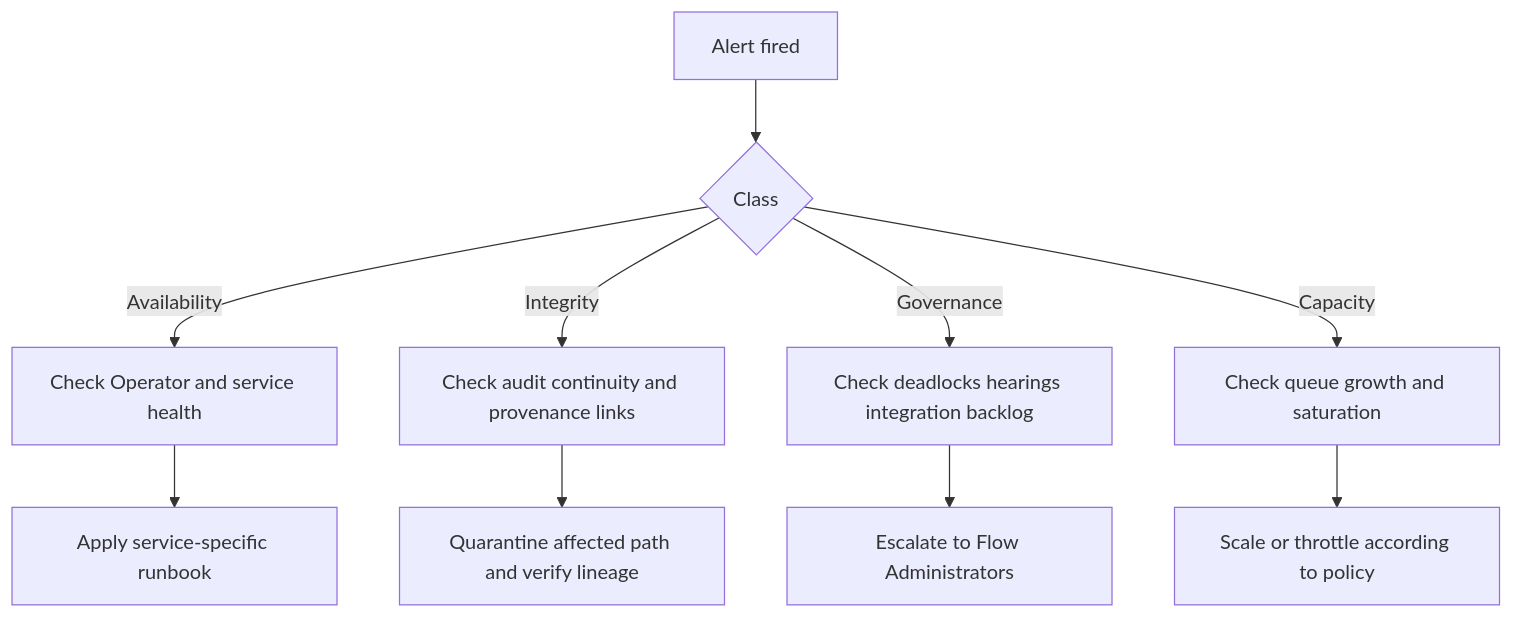
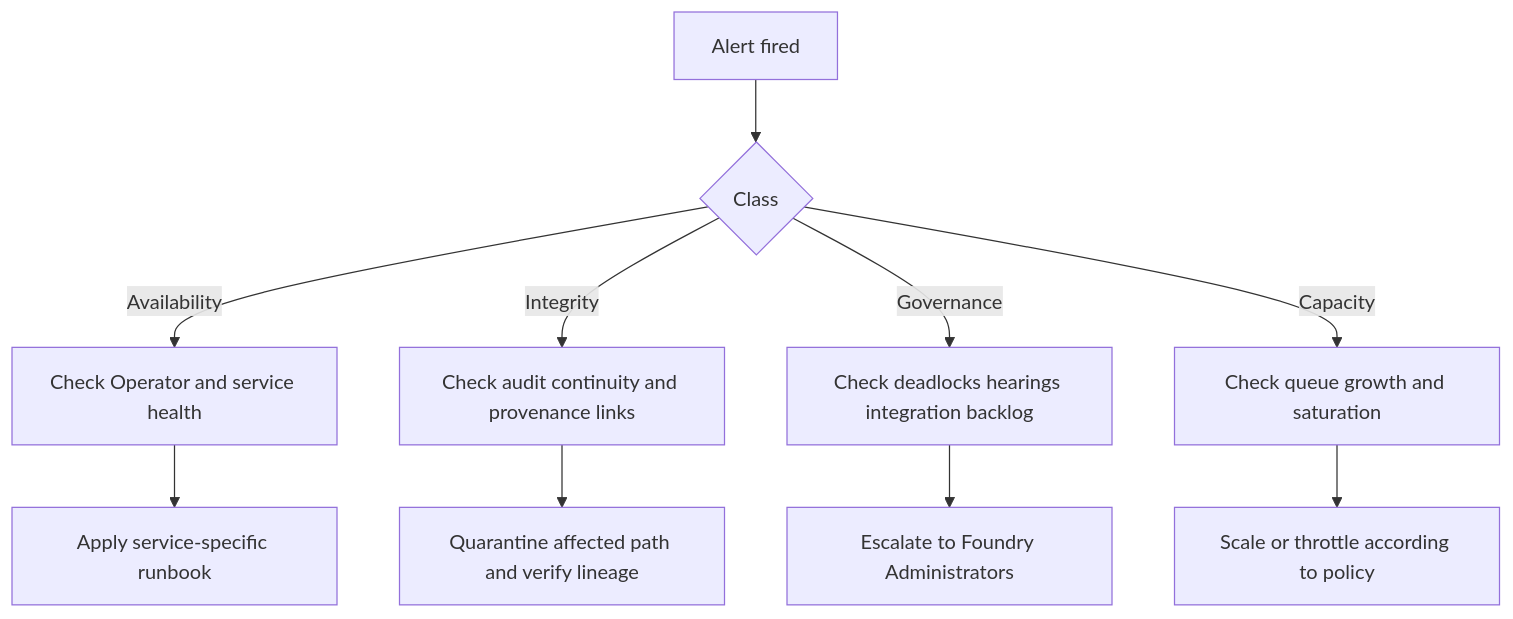
One commit to really-knows-ai/gideas changed the second of 2 diagrams in specs/02-flow/07-operations.md. Above: the diagram before and after it, drawn with Mermaid. The commit also changed other lines of this file and 19 other files, not shown here.

Commit message:
update flow role terminology in specs

````diff
--- a/specs/02-flow/07-operations.md
+++ b/specs/02-flow/07-operations.md
@@ -70,13 +70,13 @@
 ```mermaid
 flowchart TD
     A["Alert fired"] --> C{Class}
     C -->|Availability| AV["Check Operator and service health"]
     C -->|Integrity| IN["Check audit continuity and provenance links"]
     C -->|Governance| GV["Check deadlocks hearings integration backlog"]
     C -->|Capacity| CP["Check queue growth and saturation"]
 
     AV --> N1["Apply service-specific runbook"]
     IN --> N2["Quarantine affected path and verify lineage"]
-    GV --> N3["Escalate to Flow Administrators"]
+    GV --> N3["Escalate to Foundry Administrators"]
     CP --> N4["Scale or throttle according to policy"]
 ```
````
